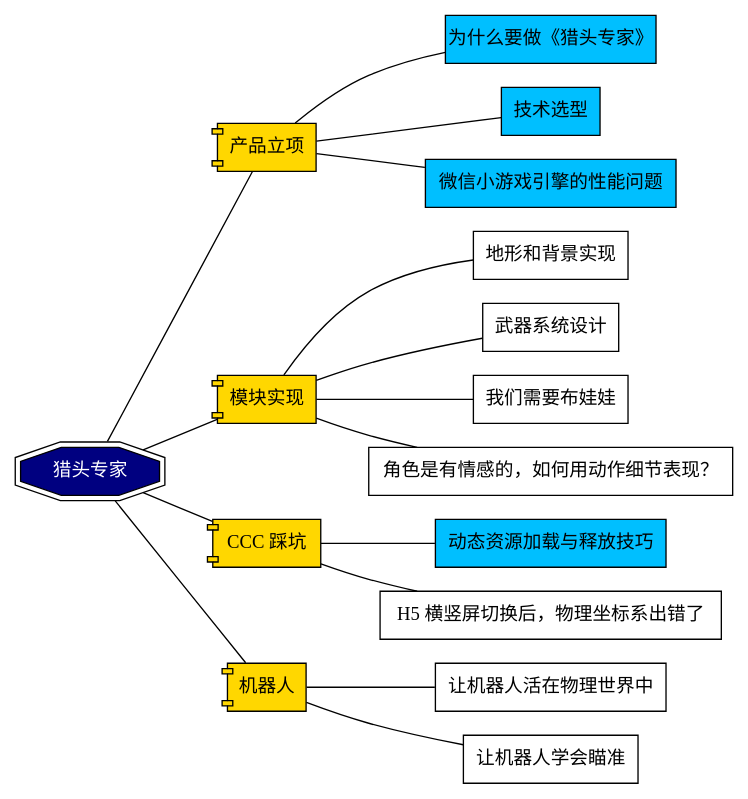
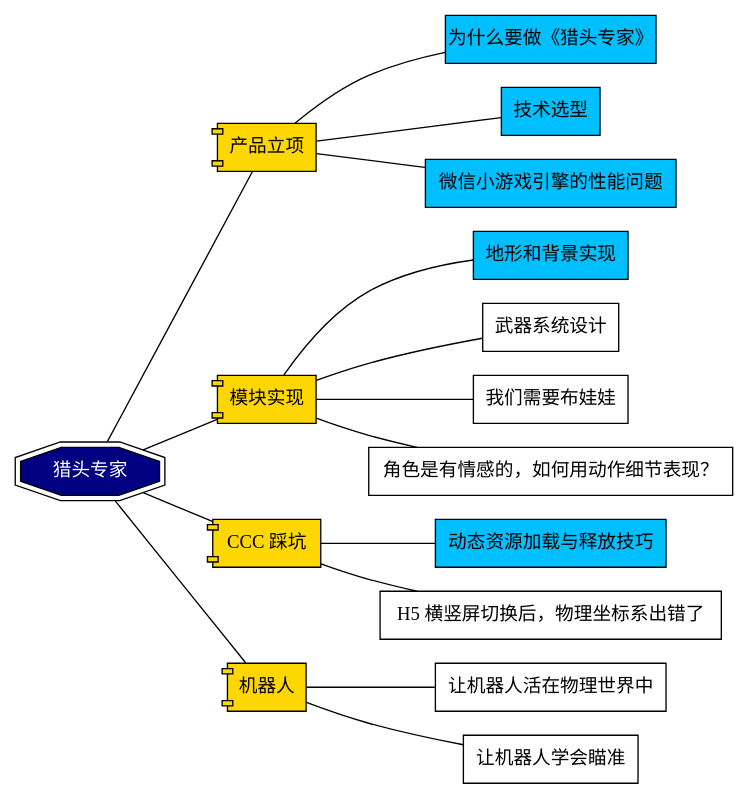
Before and after one commit to zrong/blog: the diagram in dot/2666.dot, drawn with Graphviz. The commit also changed 6 other files, not shown here.

```diff
--- a/dot/2666.dot
+++ b/dot/2666.dot
@@ -1,43 +1,43 @@
 graph {
     graph[rankdir="LR"]
     node[shape=rect]
 
     name[label=猎头专家,shape=doubleoctagon,style=filled,fillcolor=navy,fontcolor=white]
 
     {
         node[shape=component,style=filled,fillcolor=gold]
         product[label=产品立项]
         module[label=模块实现]
         ccc[label="CCC 踩坑"]
         robot[label=机器人]
     }
 
     name -- product
     name -- ccc
     name -- module
     name -- robot
 
     {
         node[shape=rect,style=filled,fillcolor=white]
         product -- {
             node[fillcolor=deepskyblue]
             为什么要做《猎头专家》
             技术选型
             微信小游戏引擎的性能问题
         }
         module -- {
-            地形和背景实现
+            地形和背景实现[fillcolor=deepskyblue]
             武器系统设计
             我们需要布娃娃
             角色是有情感的，如何用动作细节表现？
         }
         robot -- {
             让机器人活在物理世界中
             让机器人学会瞄准
         }
         ccc -- {
             动态资源加载与释放技巧[fillcolor=deepskyblue,url="https://zengrong.net"]
             "H5 横竖屏切换后，物理坐标系出错了"
         }
     }
 }
```
